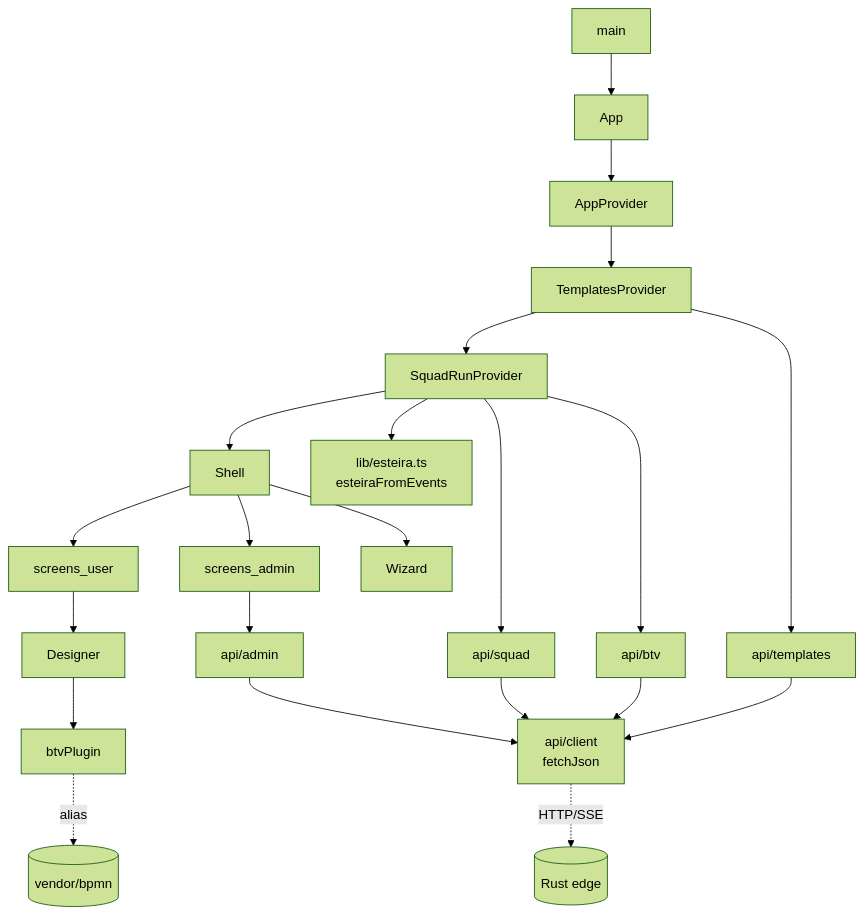
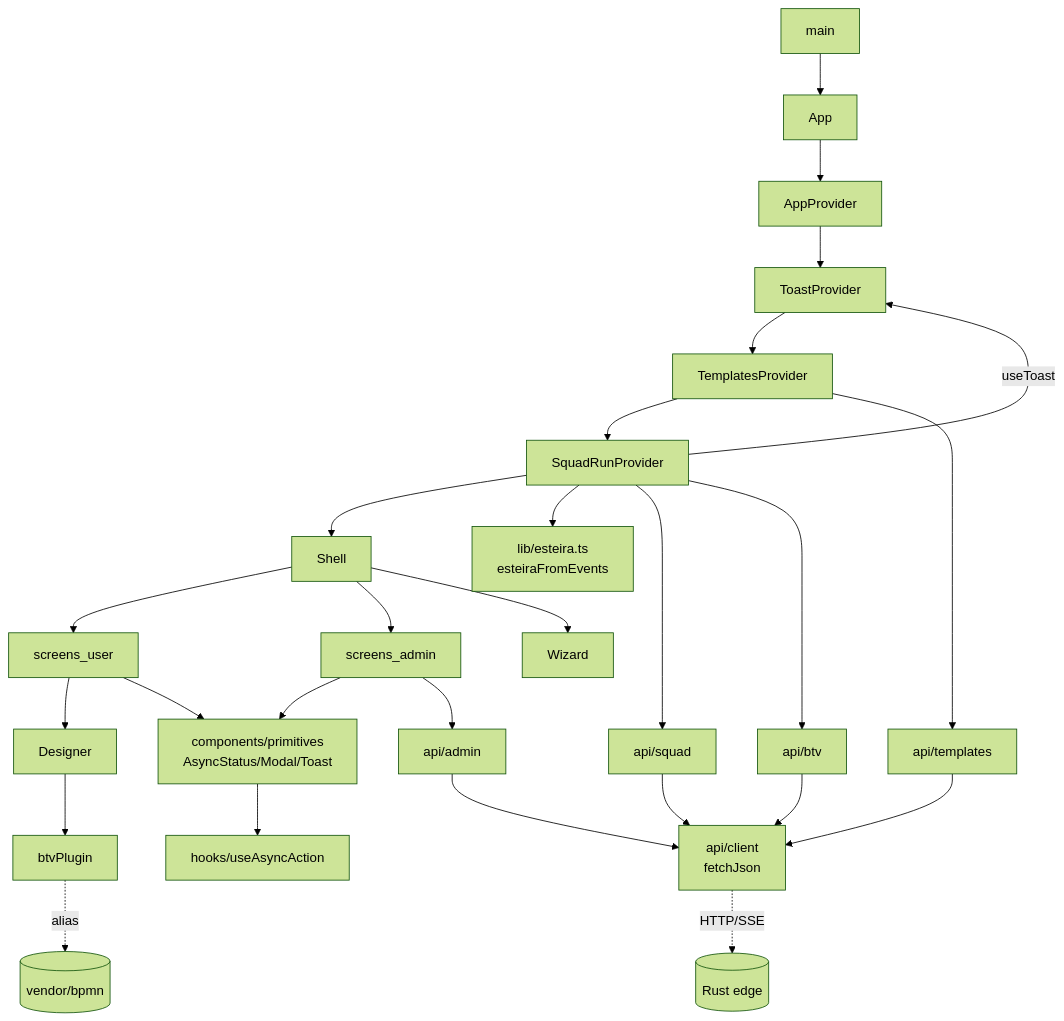
Before and after one commit to danzeroum/btv: the third of 4 diagrams in docs/documentacao/diagramas/14-modulos-python-e-frontend.md, drawn with Mermaid (forest theme). The commit also changed 14 other files, not shown here.

First line of the commit message:
feat(btv-web): primitivas de feedback/estado + F4/F3 (Onda 1 do roadmap)

````diff
--- a/docs/documentacao/diagramas/14-modulos-python-e-frontend.md
+++ b/docs/documentacao/diagramas/14-modulos-python-e-frontend.md
@@ -80,15 +80,18 @@
 ```mermaid
 flowchart TB
     main --> App
-    App --> AppProvider --> TemplatesProvider --> SquadRunProvider --> Shell
+    App --> AppProvider --> ToastProvider --> TemplatesProvider --> SquadRunProvider --> Shell
     Shell --> screens_user & screens_admin & Wizard
     screens_user --> Designer
     Designer --> btvPlugin
     btvPlugin -.->|alias| bpmn[(vendor/bpmn)]
+    screens_user & screens_admin --> primitives["components/primitives\nAsyncStatus/Modal/Toast"]
+    primitives --> useAsync["hooks/useAsyncAction"]
+    SquadRunProvider -->|useToast| ToastProvider
     SquadRunProvider --> esteira["lib/esteira.ts\nesteiraFromEvents"]
     SquadRunProvider --> api_squad["api/squad"] & api_btv["api/btv"]
     TemplatesProvider --> api_templates["api/templates"]
     screens_admin --> api_admin["api/admin"]
     api_squad & api_btv & api_templates & api_admin --> client["api/client\nfetchJson"]
     client -.->|HTTP/SSE| rust[(Rust edge)]
 ```
````
